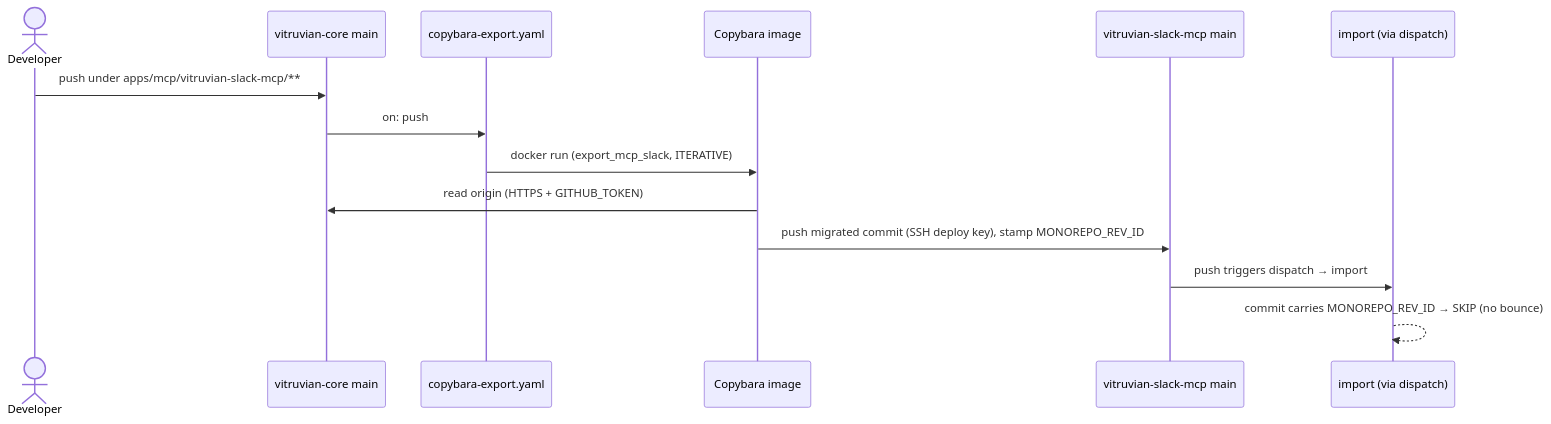
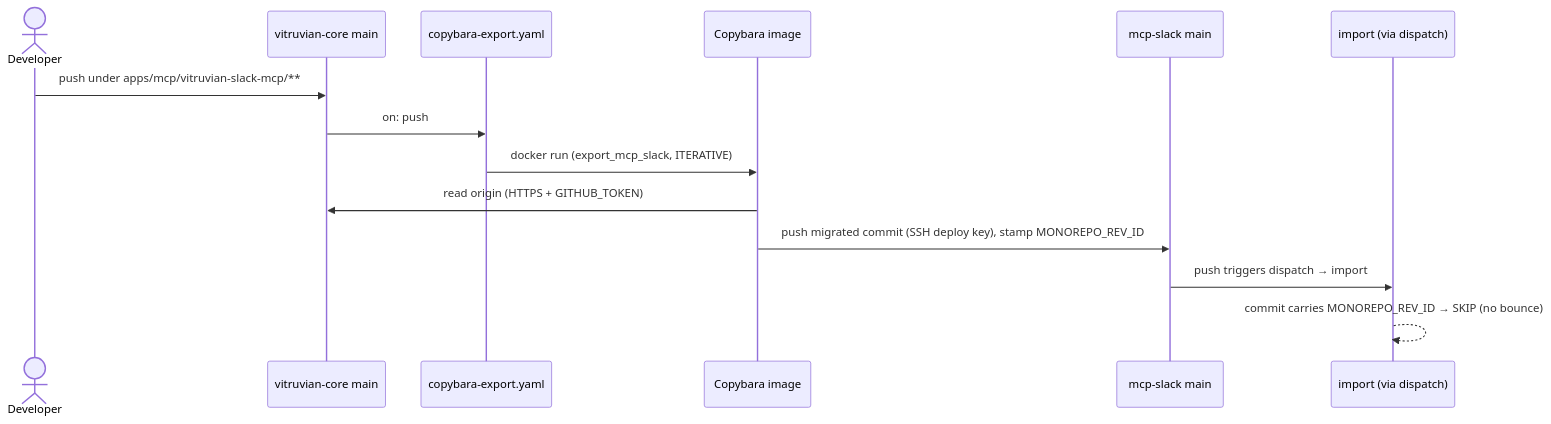
One commit to VitruvianSoftware/vitruvian-core changed the second of 7 diagrams in docs/admin/copybara-sync.md. Above: the diagram before and after it, drawn with Mermaid. The commit also changed other lines of this file and 20 other files, not shown here.

````diff
--- a/docs/admin/copybara-sync.md
+++ b/docs/admin/copybara-sync.md
@@ -115,16 +115,16 @@
 ```mermaid
 sequenceDiagram
     actor Dev as Developer
     participant VC as vitruvian-core main
     participant EXP as copybara-export.yaml
     participant CB as Copybara image
-    participant MS as vitruvian-slack-mcp main
+    participant MS as mcp-slack main
     participant IMP as import (via dispatch)
     Dev->>VC: push under apps/mcp/vitruvian-slack-mcp/**
     VC->>EXP: on: push
     EXP->>CB: docker run (export_mcp_slack, ITERATIVE)
     CB->>VC: read origin (HTTPS + GITHUB_TOKEN)
     CB->>MS: push migrated commit (SSH deploy key), stamp MONOREPO_REV_ID
     MS->>IMP: push triggers dispatch → import
     IMP-->>IMP: commit carries MONOREPO_REV_ID → SKIP (no bounce)
 ```
````
